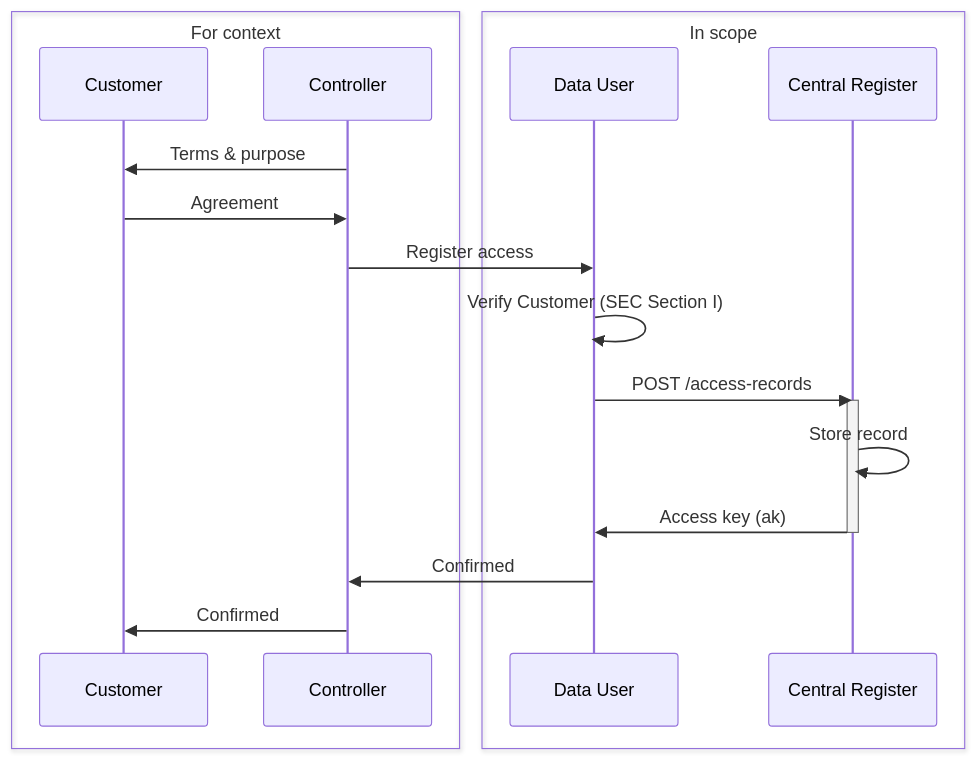
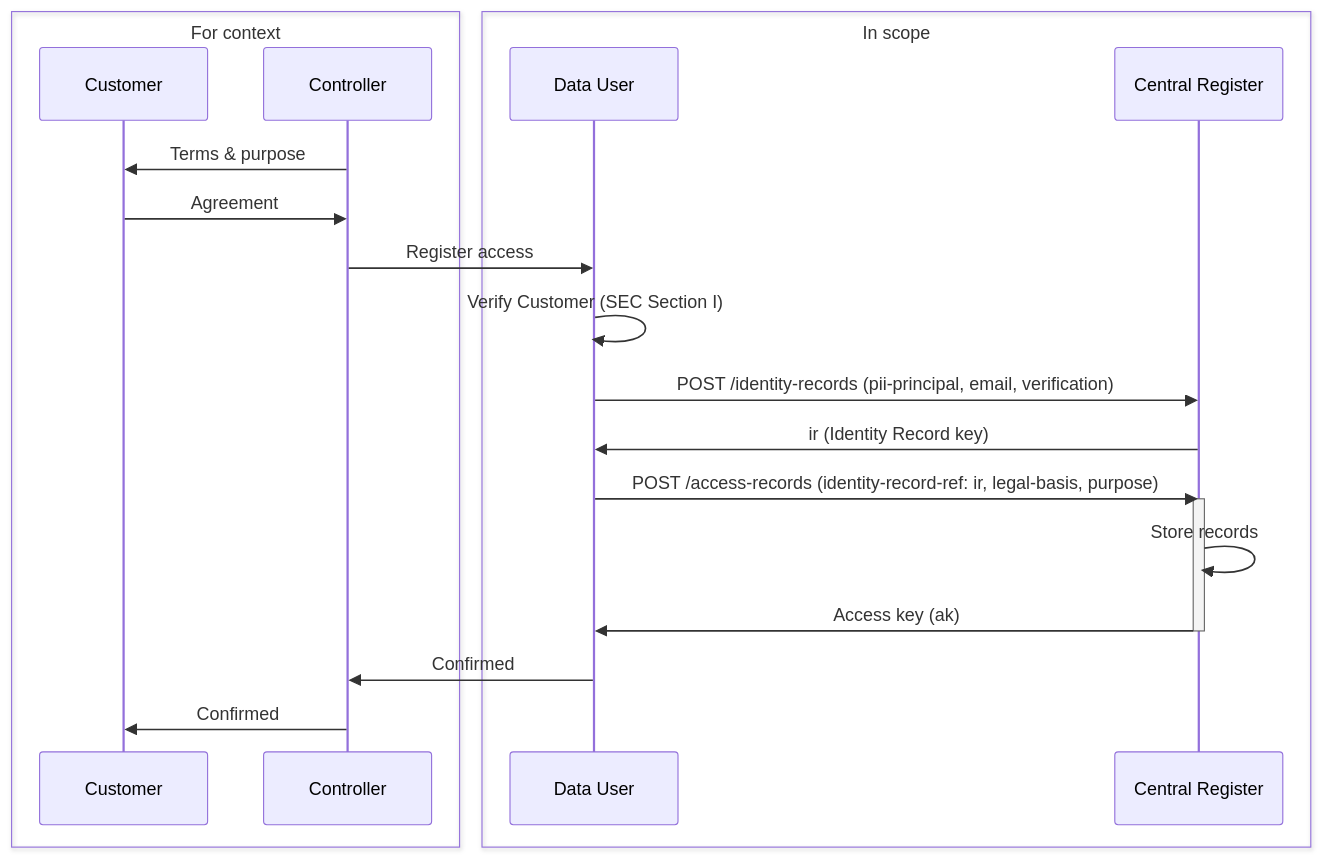
Before and after one commit to AuthEnergy/dar: the first of 7 diagrams in docs/index.mdx, drawn with Mermaid. The commit also changed other lines of this file and 4 other files, not shown here.

Commit message:
Separating identity records

````diff
--- a/docs/index.mdx
+++ b/docs/index.mdx
@@ -43,23 +51,25 @@
 ```mermaid
 sequenceDiagram
     box For context
         participant Customer
         participant Controller
     end
     box In scope
         participant DU as Data User
         participant CR as Central Register
     end
 
     Controller->>Customer: Terms & purpose
     Customer->>Controller: Agreement
     Controller->>DU: Register access
     DU->>DU: Verify Customer (SEC Section I)
-    DU->>CR: POST /access-records
+    DU->>CR: POST /identity-records (pii-principal, email, verification)
+    CR->>DU: ir (Identity Record key)
+    DU->>CR: POST /access-records (identity-record-ref: ir, legal-basis, purpose)
     activate CR
-    CR->>CR: Store record
+    CR->>CR: Store records
     CR->>DU: Access key (ak)
     deactivate CR
     DU->>Controller: Confirmed
     Controller->>Customer: Confirmed
 ```
````
